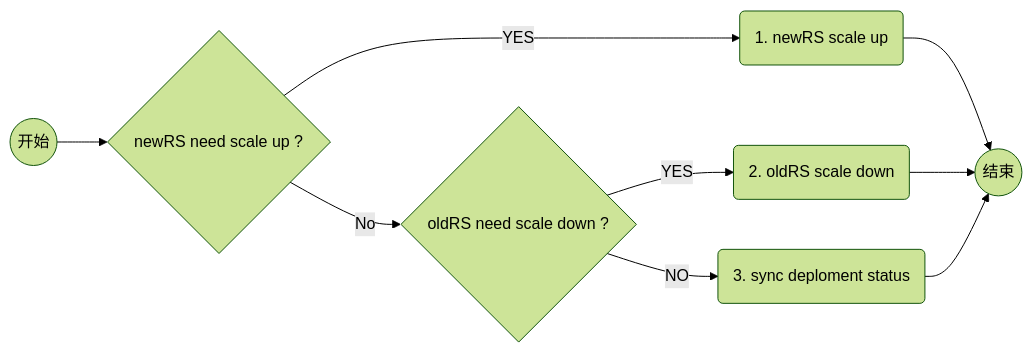
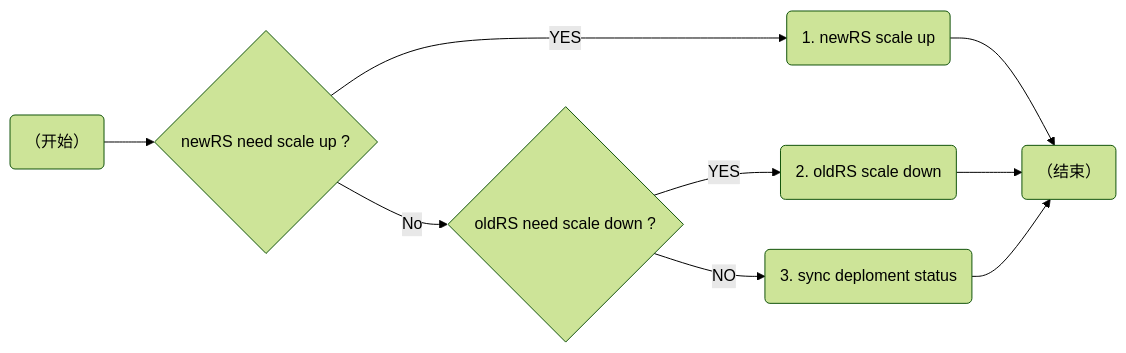
Before and after one commit to howieyuen/howieyuen.github.io: the first of 2 diagrams in content/docs/kubernetes/kube-controller-manager/k8s-apps-rolling-update.md, drawn with Mermaid (forest theme). The commit also changed other lines of this file and 18 other files, not shown here.

```diff
--- a/content/docs/kubernetes/kube-controller-manager/k8s-apps-rolling-update.md
+++ b/content/docs/kubernetes/kube-controller-manager/k8s-apps-rolling-update.md
@@ -93,11 +93,11 @@
 {{< mermaid >}}
 graph LR
-    start((开始)) --> condtion1{newRS need scale up ?}
+    start(（开始）) --> condtion1{newRS need scale up ?}
     condtion1 -- No --> condtion2{oldRS need scale down ?}
     condtion2 -- NO --> x3(3. sync deploment status)
     condtion1 -- YES --> x1(1. newRS scale up)
-    x1 --> stop((结束))
+    x1 --> stop(（结束）)
     condtion2 -- YES --> x2(2. oldRS scale down)
     x2 --> stop
     x3 --> stop
 {{< /mermaid >}}
```
